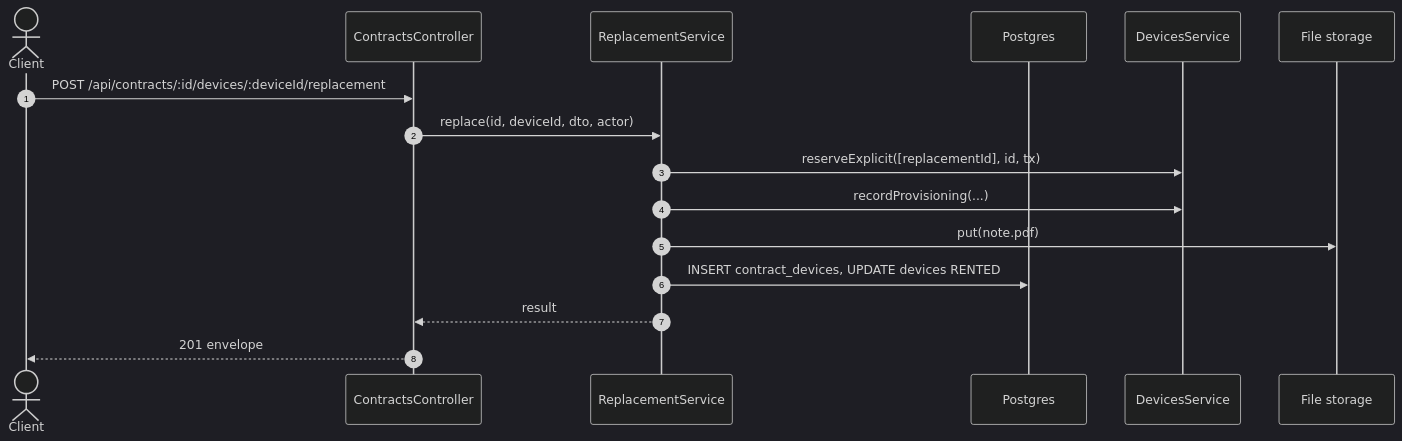
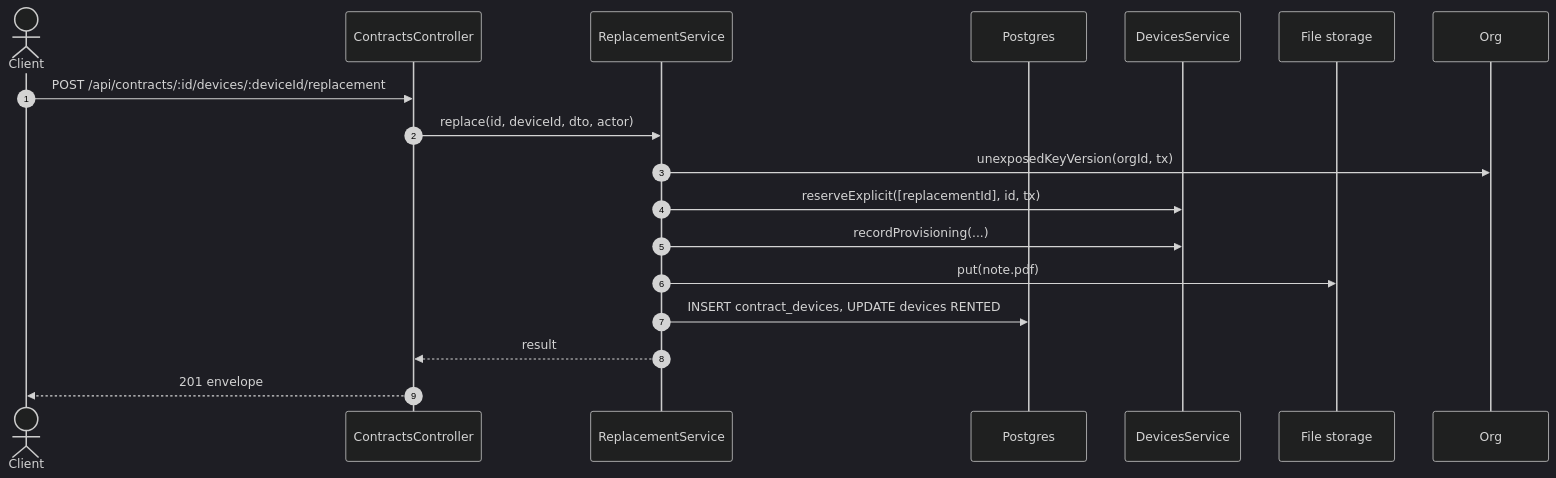
One commit to TrekLink-Team/treklink-web changed the second of 2 diagrams in specs/rentals/api-design/15-post-contracts-id-devices-deviceid-replacement.md. Above: the diagram before and after it, drawn with Mermaid (dark theme). The commit also changed other lines of this file and 12 other files, not shown here.

````diff
--- a/specs/rentals/api-design/15-post-contracts-id-devices-deviceid-replacement.md
+++ b/specs/rentals/api-design/15-post-contracts-id-devices-deviceid-replacement.md
@@ -352,18 +354,19 @@
 ```mermaid
 sequenceDiagram
     autonumber
     actor C as Client
     participant Ctl as ContractsController
     participant Svc as ReplacementService
     participant DB as Postgres
     participant Dev as DevicesService
     participant Store as File storage
     C->>Ctl: POST /api/contracts/:id/devices/:deviceId/replacement
     Ctl->>Svc: replace(id, deviceId, dto, actor)
+    Svc->>Org: unexposedKeyVersion(orgId, tx)
     Svc->>Dev: reserveExplicit([replacementId], id, tx)
     Svc->>Dev: recordProvisioning(...)
     Svc->>Store: put(note.pdf)
     Svc->>DB: INSERT contract_devices, UPDATE devices RENTED
     Svc-->>Ctl: result
     Ctl-->>C: 201 envelope
 ```
````
